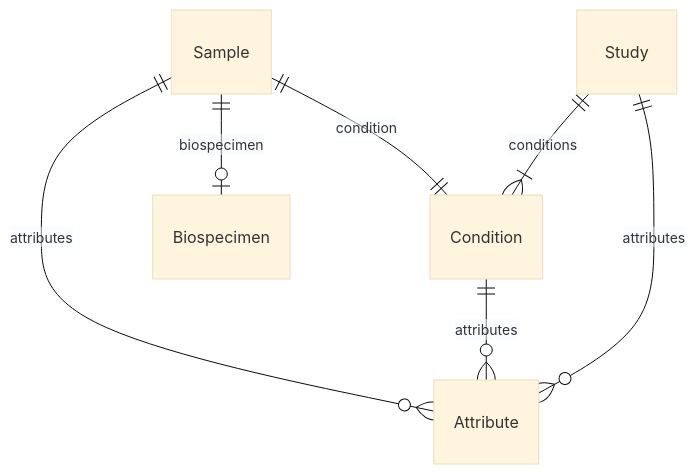
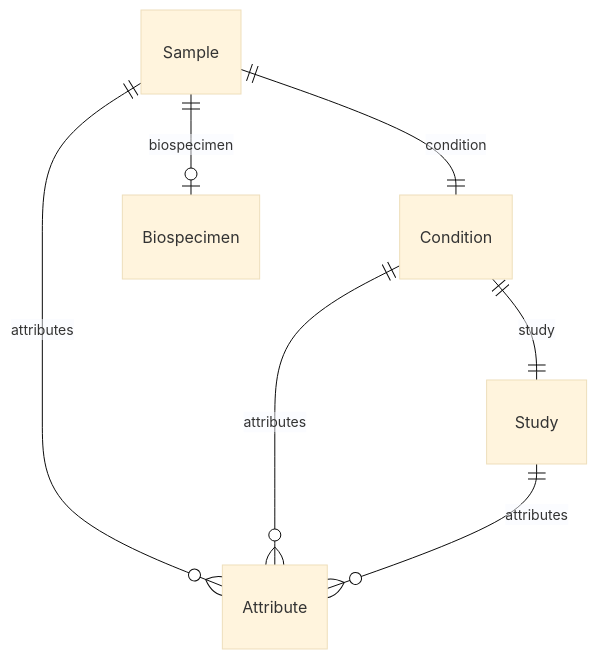
The fourth of 7 diagrams in docs/entity_relations.md (ghga-de/ghga-metadata-schema), drawn with Mermaid (base theme) before and after one commit. The commit also changed other lines of this file and 43 other files, not shown here.

````diff
--- a/docs/entity_relations.md
+++ b/docs/entity_relations.md
@@ -211,20 +205,20 @@
 ```mermaid
 erDiagram
 Sample {
 
 }
 Condition {
 
 }
 Study {
 
 }
 
 Sample ||--|o Biospecimen : "biospecimen"
 Sample ||--|| Condition : "condition"
 Sample ||--}o Attribute : "attributes"
+Condition ||--|| Study : "study"
 Condition ||--}o Attribute : "attributes"
-Study ||--}| Condition : "conditions"
 Study ||--}o Attribute : "attributes"
 
 ```
````
